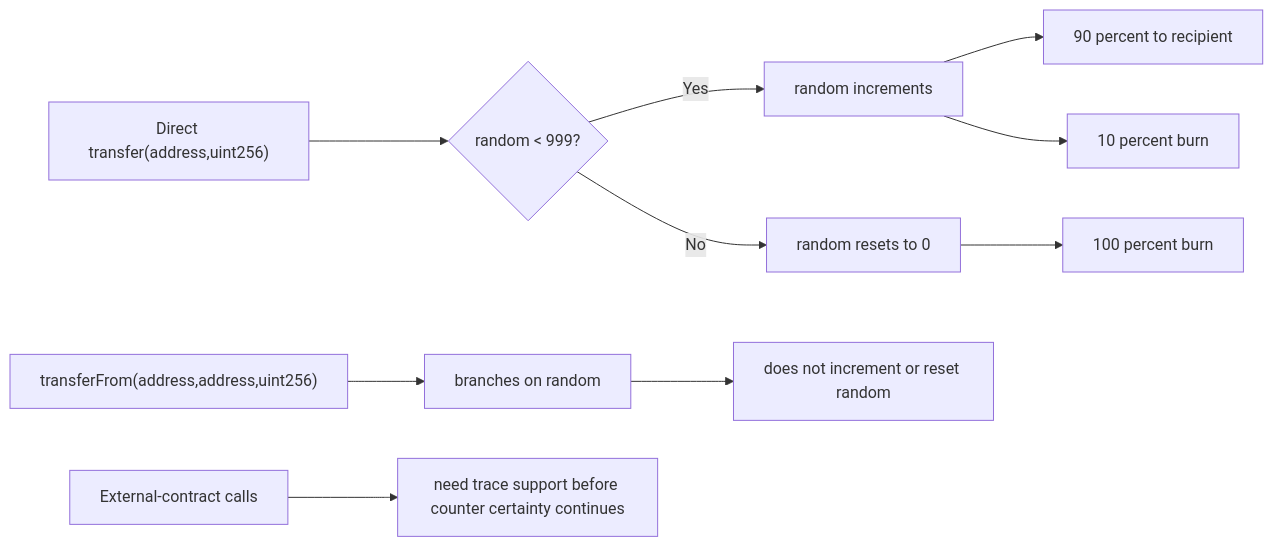
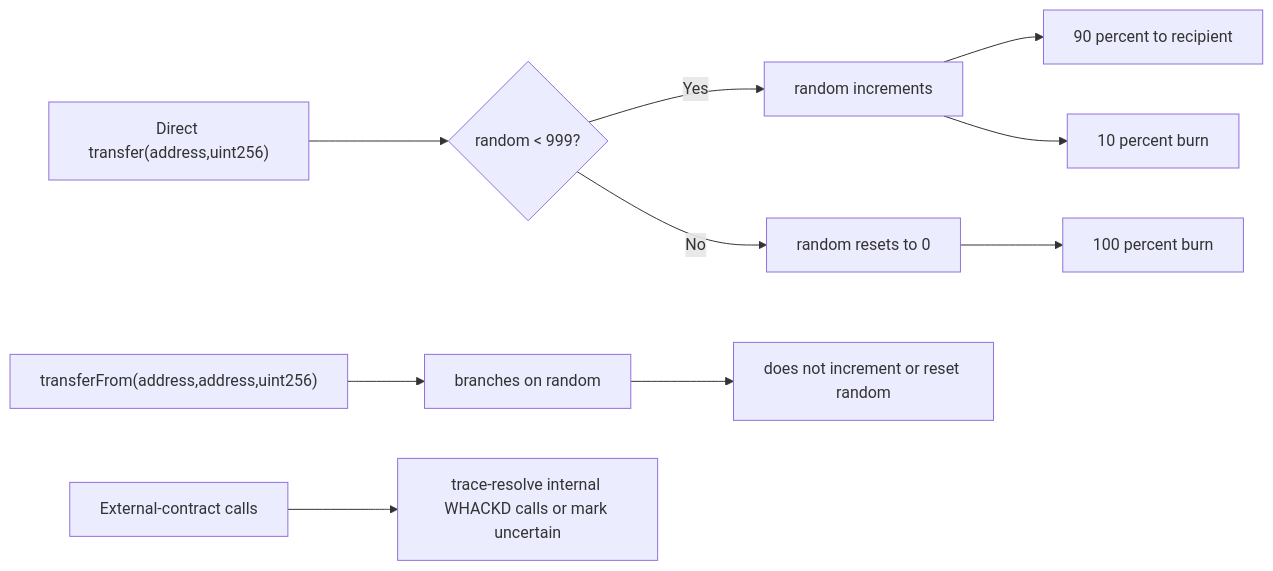
The second of 2 diagrams in README.md (WeAreTedGunderson/WackDecode), drawn with Mermaid before and after one commit. The commit also changed other lines of this file, not shown here.

````diff
--- a/README.md
+++ b/README.md
@@ -43,12 +45,12 @@
 ```mermaid
 flowchart LR
   A["Direct transfer(address,uint256)"] --> B{"random < 999?"}
   B -->|Yes| C["random increments"]
   C --> D["90 percent to recipient"]
   C --> E["10 percent burn"]
   B -->|No| F["random resets to 0"]
   F --> G["100 percent burn"]
   H["transferFrom(address,address,uint256)"] --> I["branches on random"]
   I --> J["does not increment or reset random"]
-  K["External-contract calls"] --> L["need trace support before counter certainty continues"]
+  K["External-contract calls"] --> L["trace-resolve internal WHACKD calls or mark uncertain"]
 ```
````
